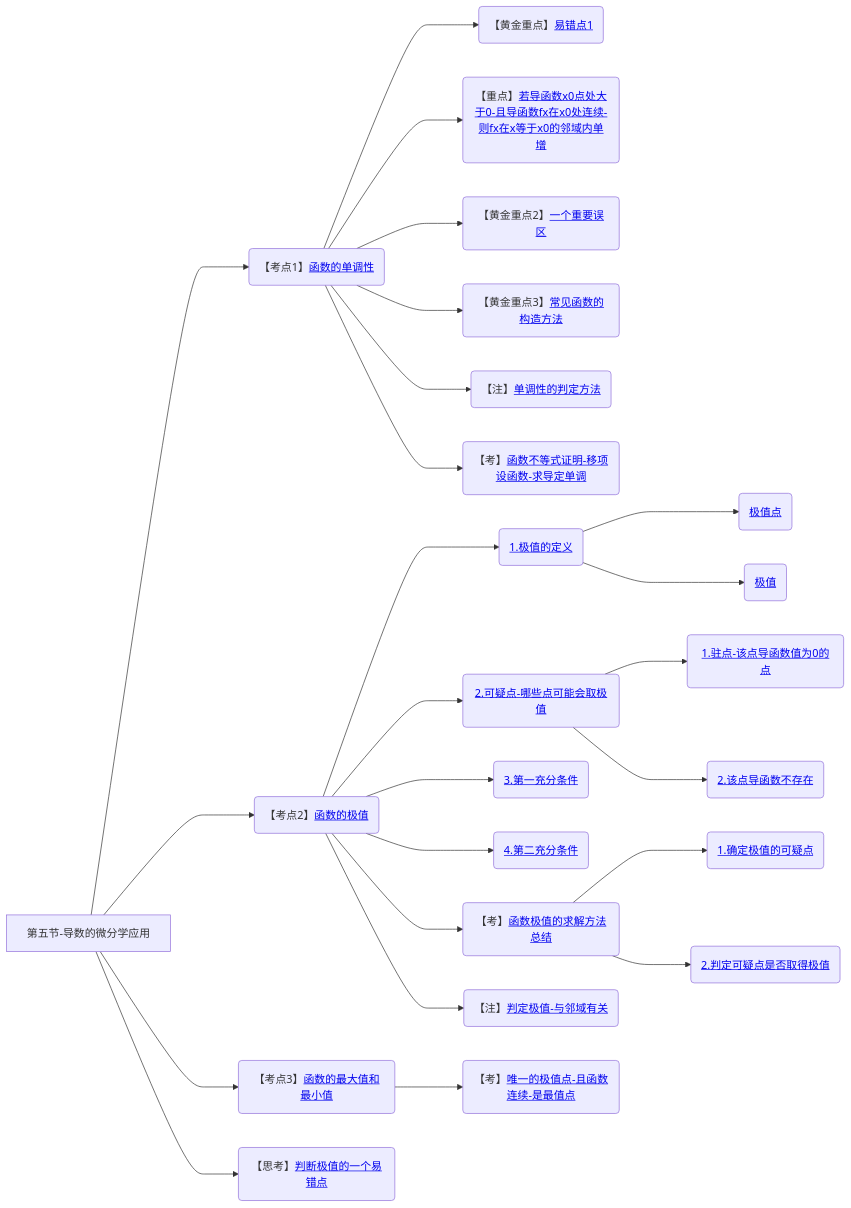
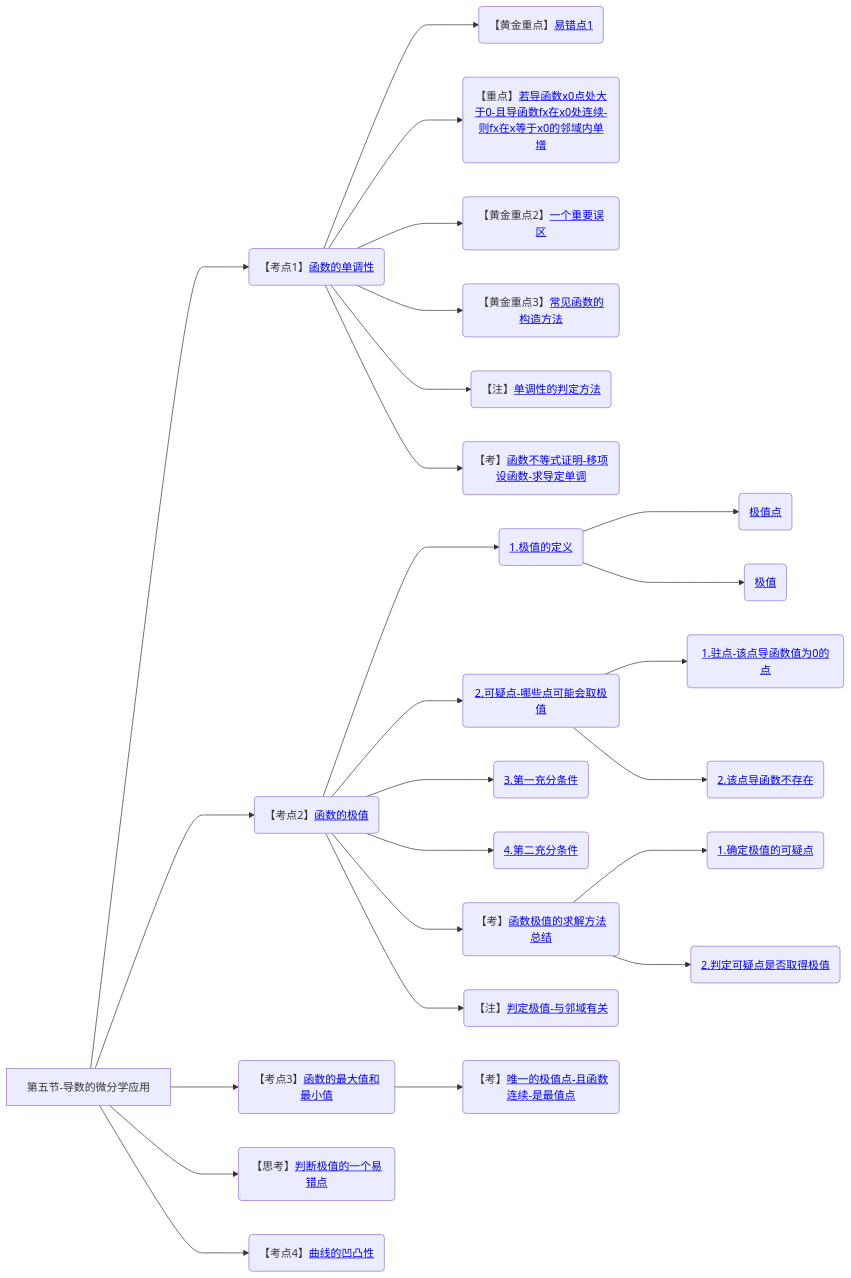
One commit to yuebinghui/note changed diagram 15 of 15 in 笔记/数学/周洋鑫/01.基础班思维导图.md. Above: the diagram before and after it, drawn with Mermaid. The commit also changed 4 other files, not shown here.

````diff
--- a/笔记/数学/周洋鑫/01.基础班思维导图.md
+++ b/笔记/数学/周洋鑫/01.基础班思维导图.md
@@ -530,31 +530,33 @@
 ```mermaid
 graph LR
 第五节-导数的微分学应用
 
 第五节-导数的微分学应用--->函数的单调性(【考点1】<a href="/Users/yuebinghui/Documents/program/github/note/笔记/数学/周洋鑫/基础班/15.导数的微分学应用_1.md#函数的单调性">函数的单调性</>)
 函数的单调性--->易错点1(【黄金重点】<a href="/Users/yuebinghui/Documents/program/github/note/笔记/数学/周洋鑫/基础班/15.导数的微分学应用_1.md#易错点1">易错点1</>)
 函数的单调性--->若导函数x0点处大于0-且导函数fx在x0处连续-则fx在x等于x0的邻域内单增(【重点】<a href="/Users/yuebinghui/Documents/program/github/note/笔记/数学/周洋鑫/基础班/15.导数的微分学应用_1.md#若导函数x0点处大于0-且导函数fx在x0处连续-则fx在x等于x0的邻域内单增">若导函数x0点处大于0-且导函数fx在x0处连续-则fx在x等于x0的邻域内单增</>)
 函数的单调性--->一个重要误区(【黄金重点2】<a href="/Users/yuebinghui/Documents/program/github/note/笔记/数学/周洋鑫/基础班/15.导数的微分学应用_1.md#一个重要误区">一个重要误区</>)
 函数的单调性--->常见函数的构造方法(【黄金重点3】<a href="/Users/yuebinghui/Documents/program/github/note/笔记/数学/周洋鑫/基础班/15.导数的微分学应用_1.md#常见函数的构造方法">常见函数的构造方法</>)
 函数的单调性--->单调性的判定方法(【注】<a href="/Users/yuebinghui/Documents/program/github/note/笔记/数学/周洋鑫/基础班/15.导数的微分学应用_1.md#单调性的判定方法">单调性的判定方法</>)
 函数的单调性--->函数不等式证明-移项设函数-求导定单调(【考】<a href="/Users/yuebinghui/Documents/program/github/note/笔记/数学/周洋鑫/基础班/15.导数的微分学应用_1.md#函数不等式证明-移项设函数-求导定单调">函数不等式证明-移项设函数-求导定单调</>)
 
 第五节-导数的微分学应用--->函数的极值(【考点2】<a href="/Users/yuebinghui/Documents/program/github/note/笔记/数学/周洋鑫/基础班/16.导数的微分学应用_2.md#函数的极值">函数的极值</>)
 函数的极值--->1.极值的定义(<a href="/Users/yuebinghui/Documents/program/github/note/笔记/数学/周洋鑫/基础班/16.导数的微分学应用_2.md#1.极值的定义">1.极值的定义</>)
 1.极值的定义--->极值点(<a href="/Users/yuebinghui/Documents/program/github/note/笔记/数学/周洋鑫/基础班/16.导数的微分学应用_2.md#极值点">极值点</>)
 1.极值的定义--->极值(<a href="/Users/yuebinghui/Documents/program/github/note/笔记/数学/周洋鑫/基础班/16.导数的微分学应用_2.md#极值">极值</>)
 函数的极值--->2.可疑点-哪些点可能会取极值(<a href="/Users/yuebinghui/Documents/program/github/note/笔记/数学/周洋鑫/基础班/16.导数的微分学应用_2.md#2.可疑点-哪些点可能会取极值">2.可疑点-哪些点可能会取极值</>)
 2.可疑点-哪些点可能会取极值--->1.驻点-该点导函数值为0的点(<a href="/Users/yuebinghui/Documents/program/github/note/笔记/数学/周洋鑫/基础班/16.导数的微分学应用_2.md#1.驻点-该点导函数值为0的点">1.驻点-该点导函数值为0的点</>)
 2.可疑点-哪些点可能会取极值--->2.该点导函数不存在(<a href="/Users/yuebinghui/Documents/program/github/note/笔记/数学/周洋鑫/基础班/16.导数的微分学应用_2.md#2.该点导函数不存在">2.该点导函数不存在</>)
 函数的极值--->3.第一充分条件(<a href="/Users/yuebinghui/Documents/program/github/note/笔记/数学/周洋鑫/基础班/16.导数的微分学应用_2.md#3.第一充分条件">3.第一充分条件</>)
 函数的极值--->4.第二充分条件(<a href="/Users/yuebinghui/Documents/program/github/note/笔记/数学/周洋鑫/基础班/16.导数的微分学应用_2.md#4.第二充分条件">4.第二充分条件</>)
 函数的极值--->函数极值的求解方法总结(【考】<a href="/Users/yuebinghui/Documents/program/github/note/笔记/数学/周洋鑫/基础班/16.导数的微分学应用_2.md#函数极值的求解方法总结">函数极值的求解方法总结</>)
 函数极值的求解方法总结--->1.确定极值的可疑点(<a href="/Users/yuebinghui/Documents/program/github/note/笔记/数学/周洋鑫/基础班/16.导数的微分学应用_2.md#1.确定极值的可疑点">1.确定极值的可疑点</>)
 函数极值的求解方法总结--->2.判定可疑点是否取得极值(<a href="/Users/yuebinghui/Documents/program/github/note/笔记/数学/周洋鑫/基础班/16.导数的微分学应用_2.md#2.判定可疑点是否取得极值">2.判定可疑点是否取得极值</>)
 函数的极值--->判定极值-与邻域有关(【注】<a href="/Users/yuebinghui/Documents/program/github/note/笔记/数学/周洋鑫/基础班/16.导数的微分学应用_2.md#判定极值-与邻域有关">判定极值-与邻域有关</>)
 
 第五节-导数的微分学应用--->函数的最大值和最小值(【考点3】<a href="/Users/yuebinghui/Documents/program/github/note/笔记/数学/周洋鑫/基础班/16.导数的微分学应用_2.md#函数的最大值和最小值">函数的最大值和最小值</>)
 函数的最大值和最小值--->唯一的极值点-且函数连续-是最值点(【考】<a href="/Users/yuebinghui/Documents/program/github/note/笔记/数学/周洋鑫/基础班/16.导数的微分学应用_2.md#唯一的极值点-且函数连续-是最值点">唯一的极值点-且函数连续-是最值点</>)
 
 第五节-导数的微分学应用--->一个易错点(【思考】<a href="/Users/yuebinghui/Documents/program/github/note/笔记/数学/周洋鑫/基础班/17.导数的微分学应用_3.md#一个易错点">判断极值的一个易错点</>)
+
+第五节-导数的微分学应用--->曲线的凹凸性(【考点4】<a href="/Users/yuebinghui/Documents/program/github/note/笔记/数学/周洋鑫/基础班/17.导数的微分学应用_3.md#曲线的凹凸性">曲线的凹凸性</>)
 ```
````
